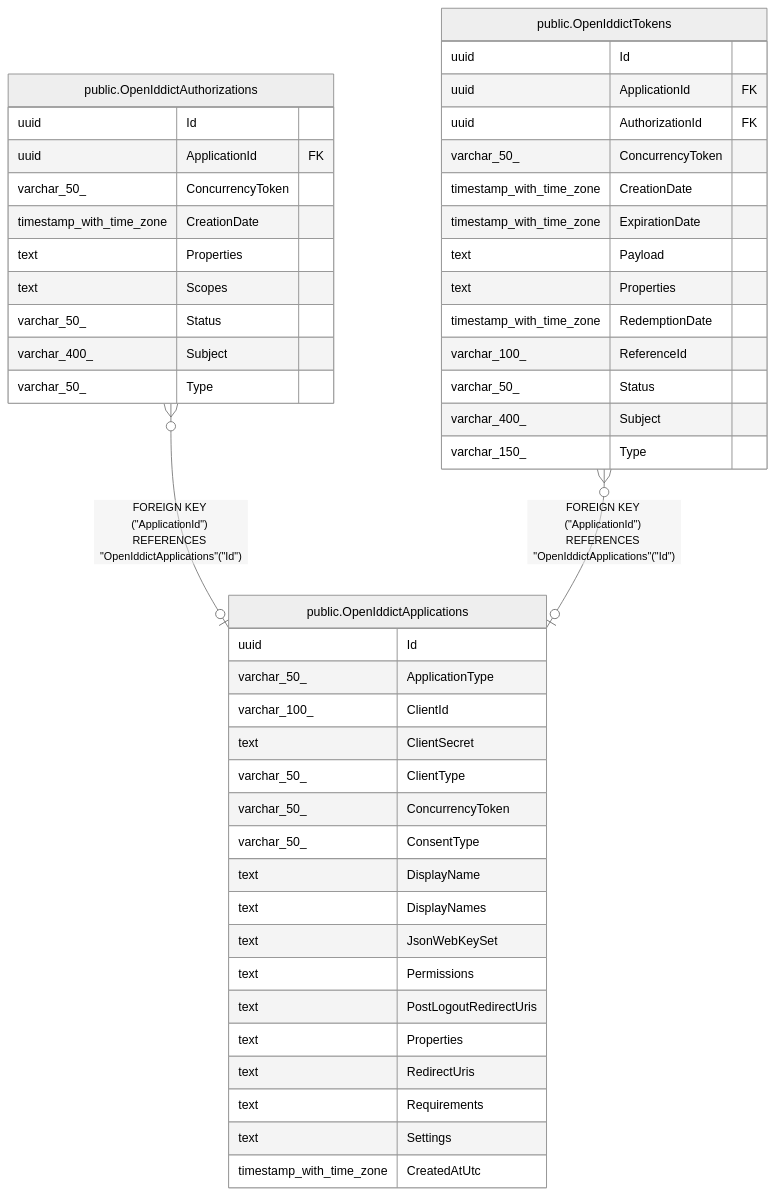
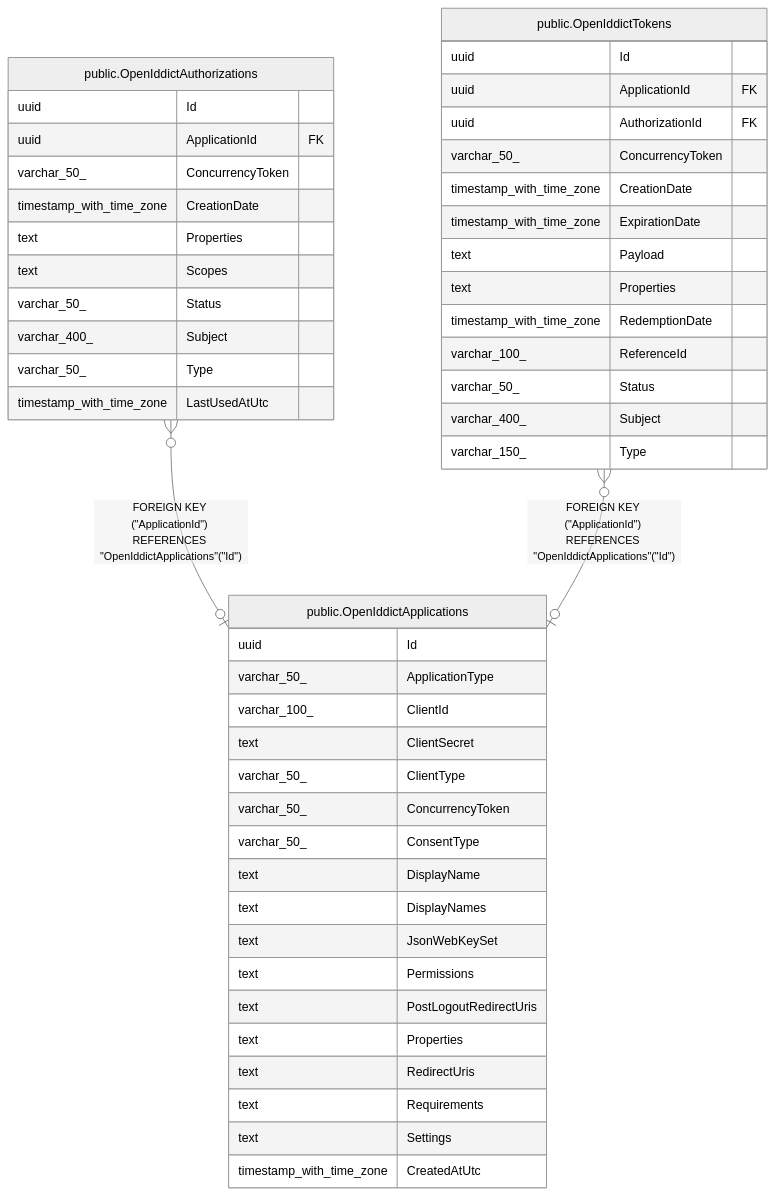
Before and after one commit to mforce/cluckwork: the diagram in docs/schema/public.OpenIddictApplications.md, drawn with Mermaid (neutral theme). The commit also changed 26 other files, not shown here.

First line of the commit message:
feat(api): list and disconnect connected apps, and record when each was last used

````diff
--- a/docs/schema/public.OpenIddictApplications.md
+++ b/docs/schema/public.OpenIddictApplications.md
@@ -48,52 +48,53 @@
 ```mermaid
 erDiagram
 
 "public.OpenIddictAuthorizations" }o--o| "public.OpenIddictApplications" : "FOREIGN KEY (#quot;ApplicationId#quot;) REFERENCES #quot;OpenIddictApplications#quot;(#quot;Id#quot;)"
 "public.OpenIddictTokens" }o--o| "public.OpenIddictApplications" : "FOREIGN KEY (#quot;ApplicationId#quot;) REFERENCES #quot;OpenIddictApplications#quot;(#quot;Id#quot;)"
 
 "public.OpenIddictApplications" {
   uuid Id
   varchar_50_ ApplicationType
   varchar_100_ ClientId
   text ClientSecret
   varchar_50_ ClientType
   varchar_50_ ConcurrencyToken
   varchar_50_ ConsentType
   text DisplayName
   text DisplayNames
   text JsonWebKeySet
   text Permissions
   text PostLogoutRedirectUris
   text Properties
   text RedirectUris
   text Requirements
   text Settings
   timestamp_with_time_zone CreatedAtUtc
 }
 "public.OpenIddictAuthorizations" {
   uuid Id
   uuid ApplicationId FK
   varchar_50_ ConcurrencyToken
   timestamp_with_time_zone CreationDate
   text Properties
   text Scopes
   varchar_50_ Status
   varchar_400_ Subject
   varchar_50_ Type
+  timestamp_with_time_zone LastUsedAtUtc
 }
 "public.OpenIddictTokens" {
   uuid Id
   uuid ApplicationId FK
   uuid AuthorizationId FK
   varchar_50_ ConcurrencyToken
   timestamp_with_time_zone CreationDate
   timestamp_with_time_zone ExpirationDate
   text Payload
   text Properties
   timestamp_with_time_zone RedemptionDate
   varchar_100_ ReferenceId
   varchar_50_ Status
   varchar_400_ Subject
   varchar_150_ Type
 }
 ```
````
